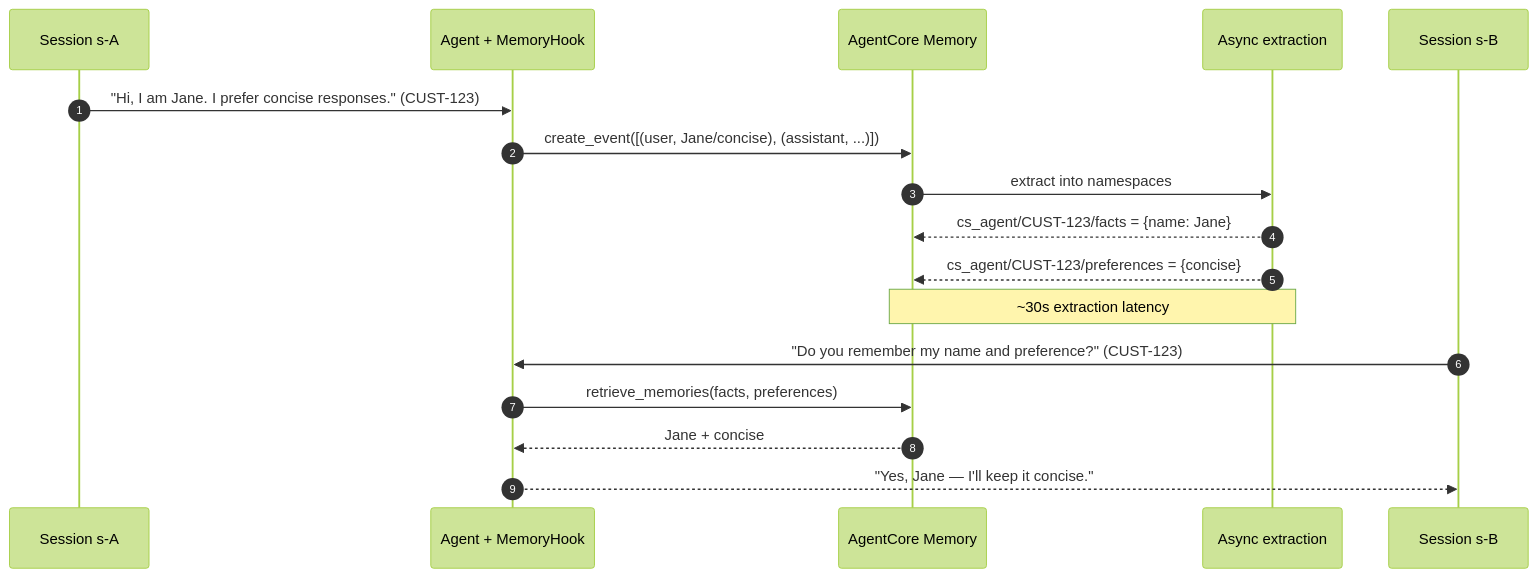
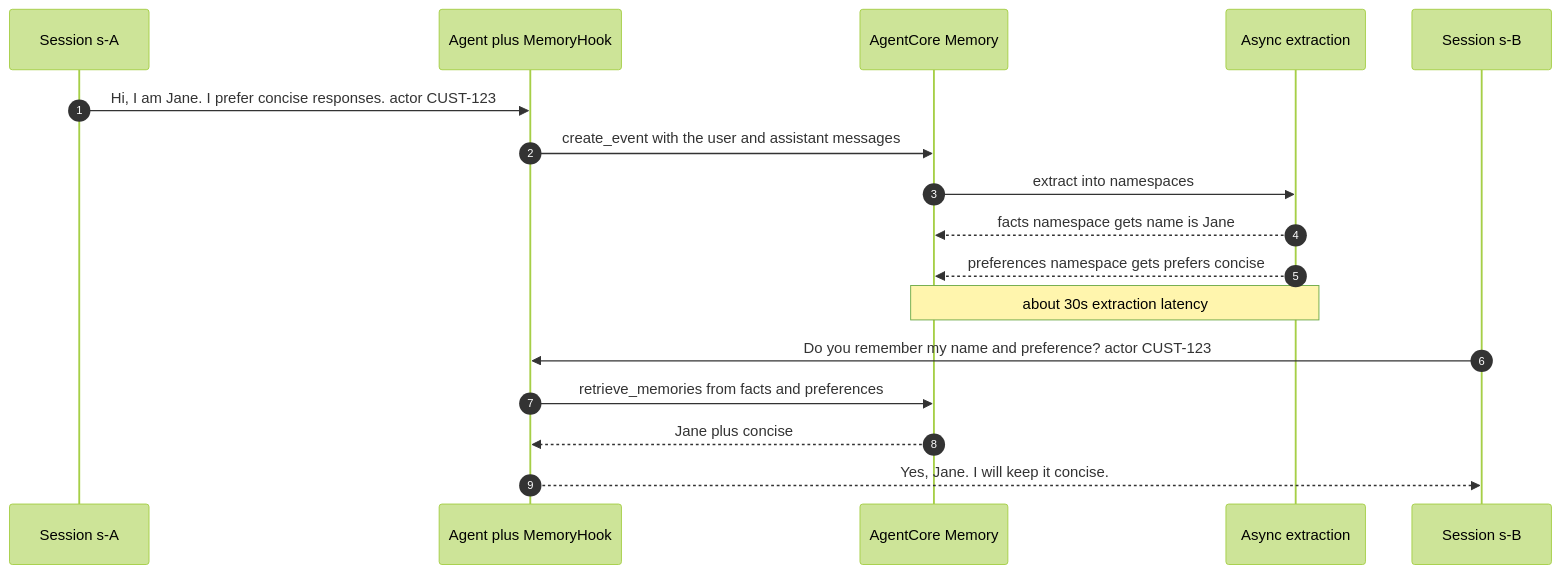
Before and after one commit to guigasque/aws-agentcore-bedrock-strands-sdk: the fifth of 7 diagrams in docs/ARCHITECTURE.md, drawn with Mermaid (forest theme). The commit also changed other lines of this file and 1 other file, not shown here.

Commit message:
docs: fix mermaid syntax so all architecture diagrams render

````diff
--- a/docs/ARCHITECTURE.md
+++ b/docs/ARCHITECTURE.md
@@ -132,20 +133,20 @@
 ```mermaid
 sequenceDiagram
     autonumber
     participant A as Session s-A
-    participant Ag as Agent + MemoryHook
+    participant Ag as Agent plus MemoryHook
     participant M as AgentCore Memory
     participant X as Async extraction
     participant B as Session s-B
 
-    A->>Ag: "Hi, I am Jane. I prefer concise responses." (CUST-123)
-    Ag->>M: create_event([(user, Jane/concise), (assistant, ...)])
+    A->>Ag: Hi, I am Jane. I prefer concise responses. actor CUST-123
+    Ag->>M: create_event with the user and assistant messages
     M->>X: extract into namespaces
-    X-->>M: cs_agent/CUST-123/facts = {name: Jane}
-    X-->>M: cs_agent/CUST-123/preferences = {concise}
-    Note over X,M: ~30s extraction latency
-    B->>Ag: "Do you remember my name and preference?" (CUST-123)
-    Ag->>M: retrieve_memories(facts, preferences)
-    M-->>Ag: Jane + concise
-    Ag-->>B: "Yes, Jane — I'll keep it concise."
+    X-->>M: facts namespace gets name is Jane
+    X-->>M: preferences namespace gets prefers concise
+    Note over X,M: about 30s extraction latency
+    B->>Ag: Do you remember my name and preference? actor CUST-123
+    Ag->>M: retrieve_memories from facts and preferences
+    M-->>Ag: Jane plus concise
+    Ag-->>B: Yes, Jane. I will keep it concise.
 ```
````
